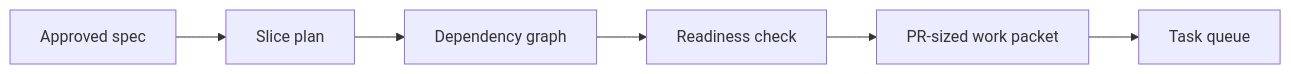
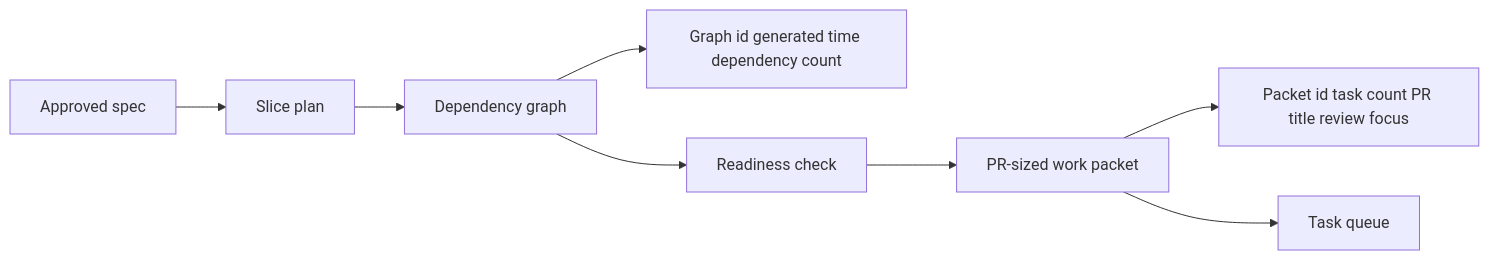
Before and after one commit to VannaDii/ironloom: the diagram in packages/slicing/README.md, drawn with Mermaid. The commit also changed other lines of this file and 8 other files, not shown here.

````diff
--- a/packages/slicing/README.md
+++ b/packages/slicing/README.md
@@ -11,8 +11,10 @@
 ```mermaid
 flowchart LR
   Spec[Approved spec] --> Plan[Slice plan]
   Plan --> Graph[Dependency graph]
+  Graph --> GraphMetadata[Graph id generated time dependency count]
   Graph --> Ready[Readiness check]
   Ready --> Packet[PR-sized work packet]
+  Packet --> PacketMetadata[Packet id task count PR title review focus]
   Packet --> Queue[Task queue]
 ```
````
